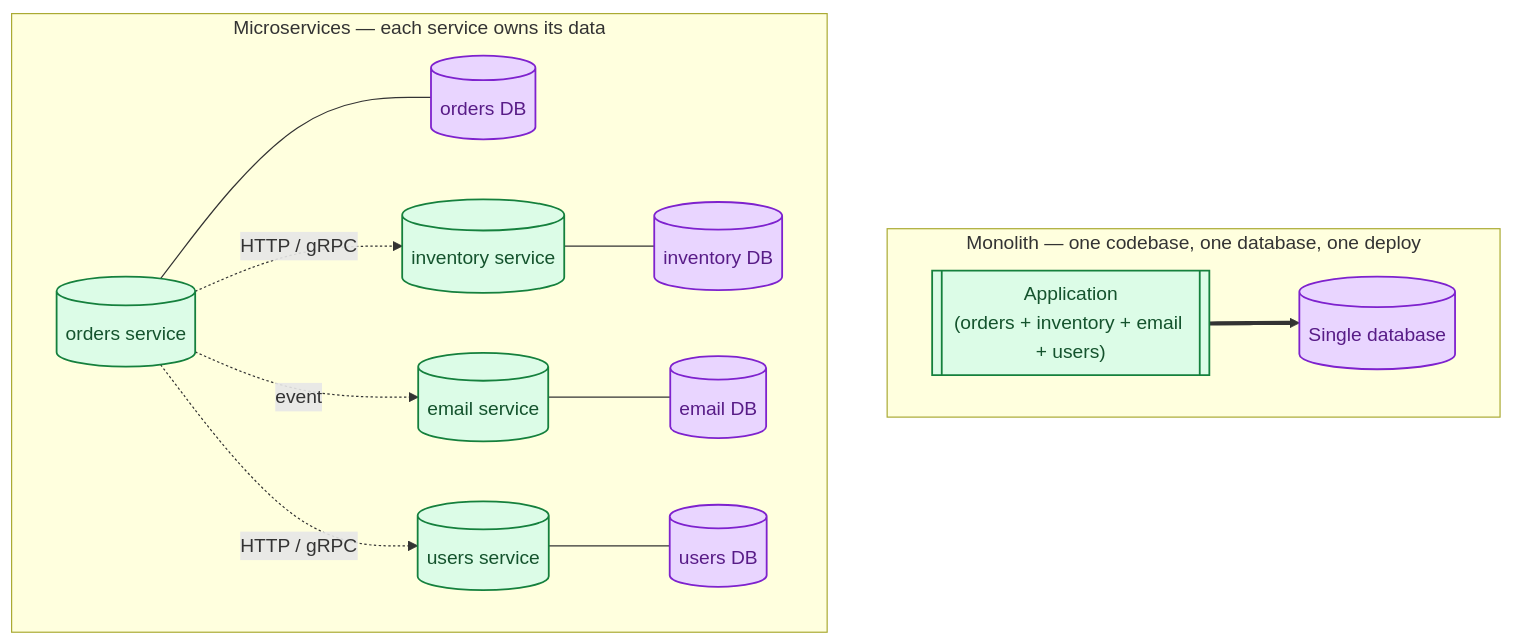
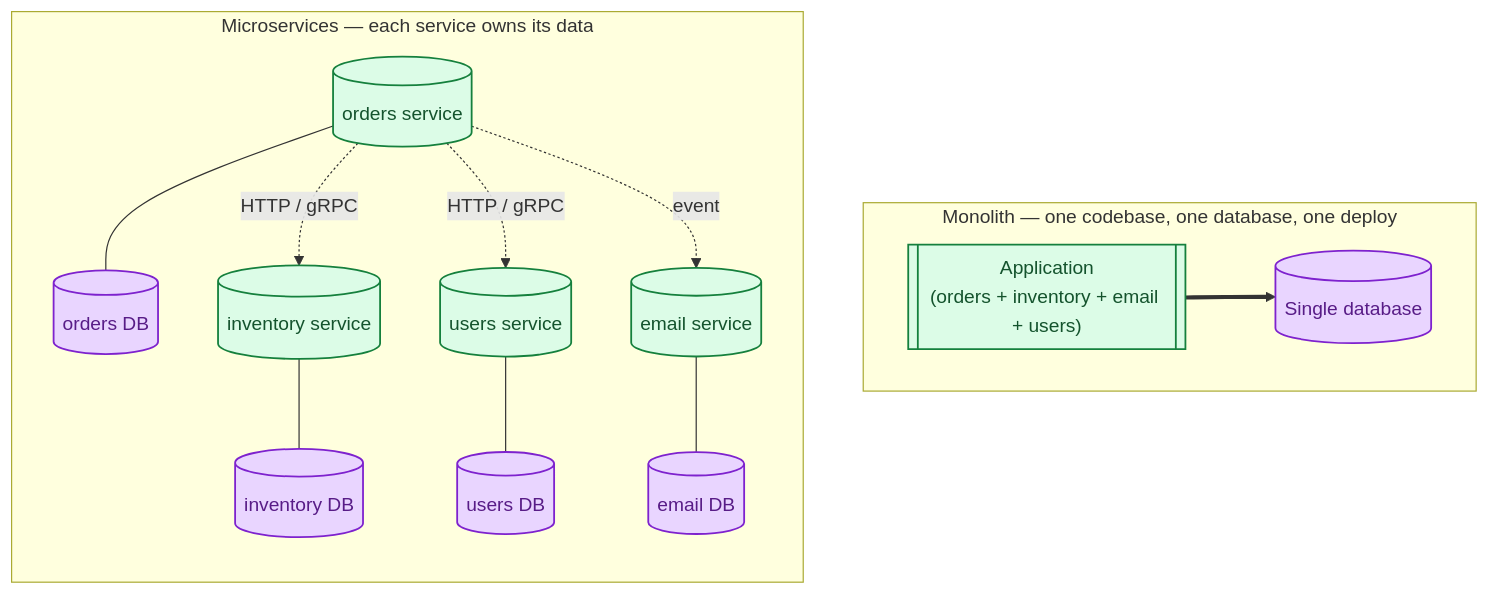
The first of 3 diagrams in _sd_concepts/041-microservices-vs-monolith.md (shiningflash/shiningflash.github.io), drawn with Mermaid before and after one commit. The commit also changed other lines of this file and 8 other files, not shown here.

First line of the commit message:
Fix diagrams that rendered cramped at column width

````diff
--- a/_sd_concepts/041-microservices-vs-monolith.md
+++ b/_sd_concepts/041-microservices-vs-monolith.md
@@ -14,31 +14,31 @@
 ```mermaid
 flowchart TB
     subgraph MONO["Monolith — one codebase, one database, one deploy"]
         direction LR
         ML[["Application<br/>(orders + inventory + email + users)"]]:::server
         MDB[("Single database")]:::store
         ML ==> MDB
     end
 
     subgraph MS["Microservices — each service owns its data"]
-        direction LR
+        direction TB
         O[("orders service")]:::server
+        I[("inventory service")]:::server
+        U[("users service")]:::server
+        E[("email service")]:::server
         OD[("orders DB")]:::store
-        I[("inventory service")]:::server
         ID[("inventory DB")]:::store
-        E[("email service")]:::server
+        UD[("users DB")]:::store
         ED[("email DB")]:::store
-        U[("users service")]:::server
-        UD[("users DB")]:::store
         O --- OD
         I --- ID
+        U --- UD
         E --- ED
-        U --- UD
         O -.->|"HTTP / gRPC"| I
         O -.->|"HTTP / gRPC"| U
         O -.->|"event"| E
     end
 
     classDef server fill:#dcfce7,stroke:#15803d,color:#14532d,stroke-width:1.5px
     classDef store fill:#e9d5ff,stroke:#7e22ce,color:#581c87,stroke-width:1.5px
 ```
````
